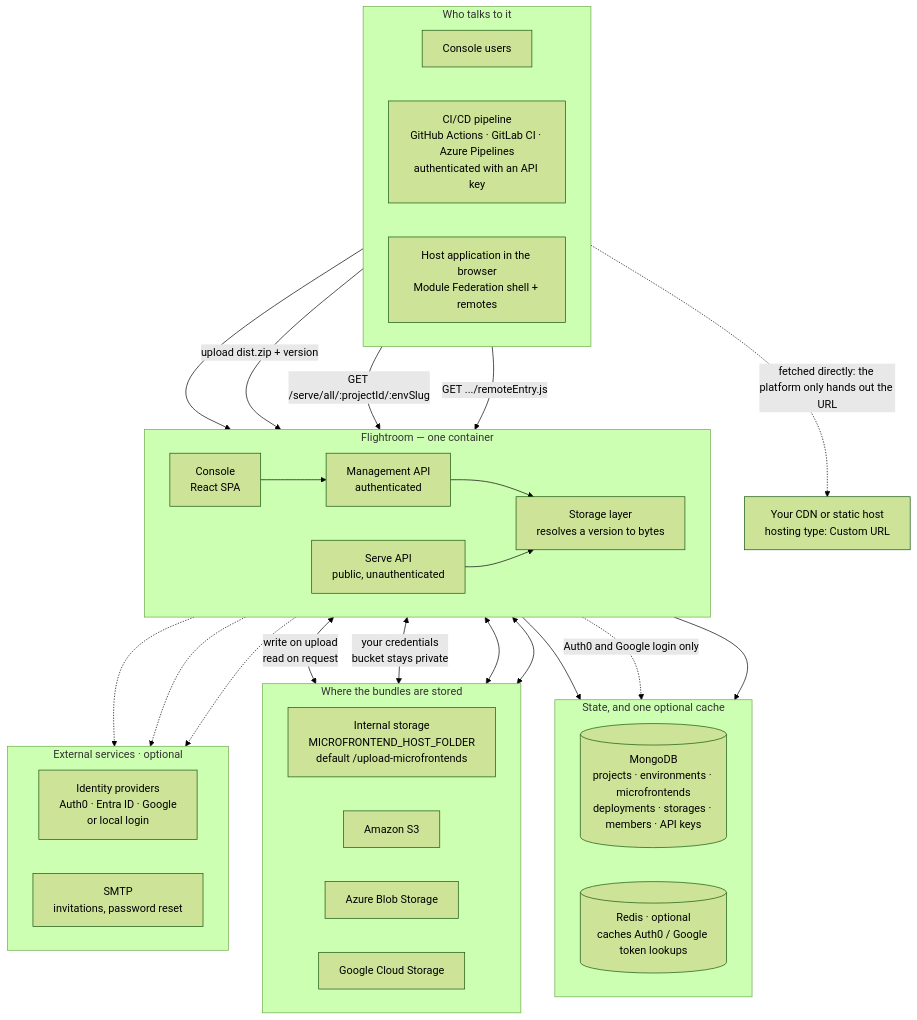
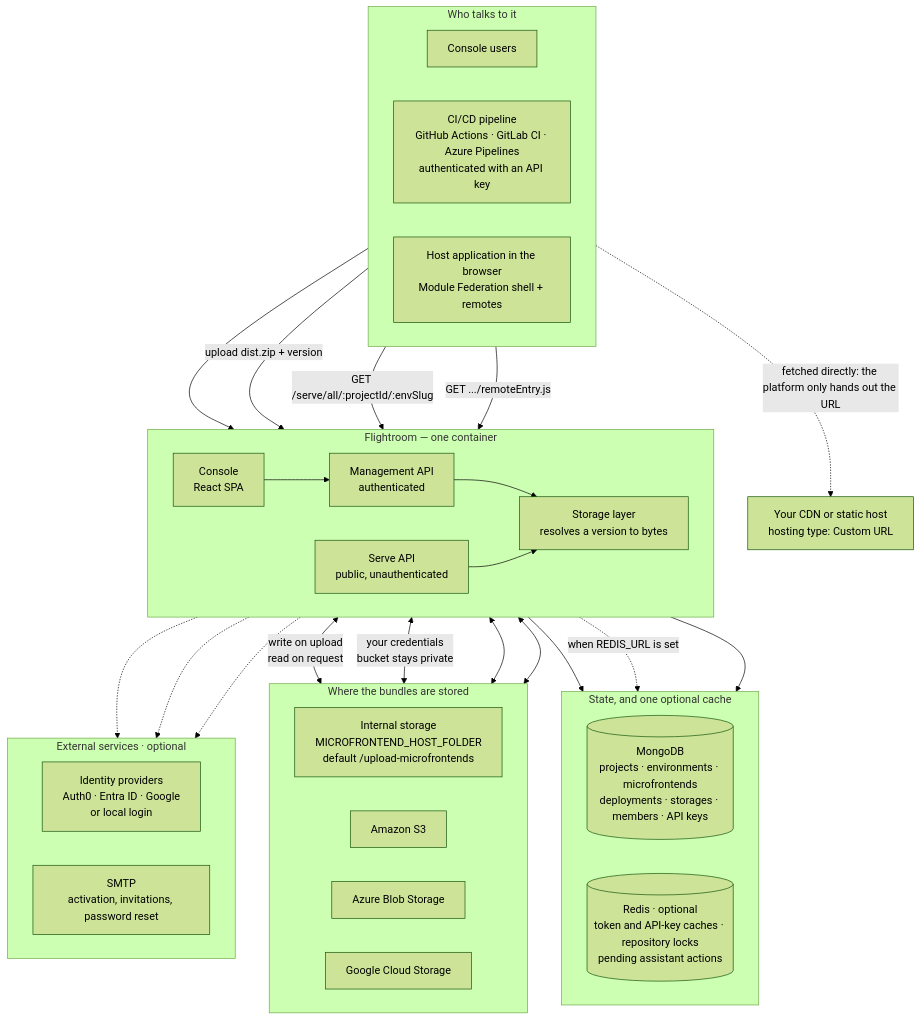
Before and after one commit to flightroom/documentation: the first of 5 diagrams in docs/architecture.md, drawn with Mermaid (forest theme). The commit also changed other lines of this file and 157 other files, not shown here.

````diff
--- a/docs/architecture.md
+++ b/docs/architecture.md
@@ -29,62 +29,62 @@
 ```mermaid
 flowchart TB
     subgraph clients["Who talks to it"]
         direction LR
         people["Console users"]
         ci["CI/CD pipeline<br/>GitHub Actions · GitLab CI · Azure Pipelines<br/>authenticated with an API key"]
         browser["Host application in the browser<br/>Module Federation shell + remotes"]
     end
 
     subgraph orch["Flightroom — one container"]
         direction LR
         console["Console<br/>React SPA"]
         mgmt["Management API<br/>authenticated"]
         serve["Serve API<br/>public, unauthenticated"]
         storage["Storage layer<br/>resolves a version to bytes"]
     end
 
     subgraph state["State, and one optional cache"]
         direction LR
         mongo[("MongoDB<br/>projects · environments · microfrontends<br/>deployments · storages · members · API keys")]
-        redis[("Redis · optional<br/>caches Auth0 / Google token lookups")]
+        redis[("Redis · optional<br/>token and API-key caches · repository locks<br/>pending assistant actions")]
     end
 
     subgraph artifacts["Where the bundles are stored"]
         direction LR
         internal["Internal storage<br/>MICROFRONTEND_HOST_FOLDER<br/>default /upload-microfrontends"]
         s3["Amazon S3"]
         blob["Azure Blob Storage"]
         gcs["Google Cloud Storage"]
     end
 
     subgraph optional["External services · optional"]
         direction LR
         idp["Identity providers<br/>Auth0 · Entra ID · Google<br/>or local login"]
-        smtp["SMTP<br/>invitations, password reset"]
+        smtp["SMTP<br/>activation, invitations, password reset"]
     end
 
     ext["Your CDN or static host<br/>hosting type: Custom URL"]
 
     people --> console
     console --> mgmt
     ci -->|"upload dist.zip + version"| mgmt
     browser -->|"GET /serve/all/:projectId/:envSlug"| serve
     browser -->|"GET .../remoteEntry.js"| serve
 
     mgmt --> storage
     serve --> storage
     mgmt --> mongo
-    mgmt -.->|"Auth0 and Google login only"| redis
+    mgmt -.->|"when REDIS_URL is set"| redis
     serve --> mongo
 
     console -.-> idp
     mgmt -.-> idp
     mgmt -.-> smtp
 
     storage <-->|"write on upload<br/>read on request"| internal
     storage <-->|"your credentials<br/>bucket stays private"| s3
     storage <--> blob
     storage <--> gcs
 
     browser -.->|"fetched directly: the platform only hands out the URL"| ext
 ```
````
